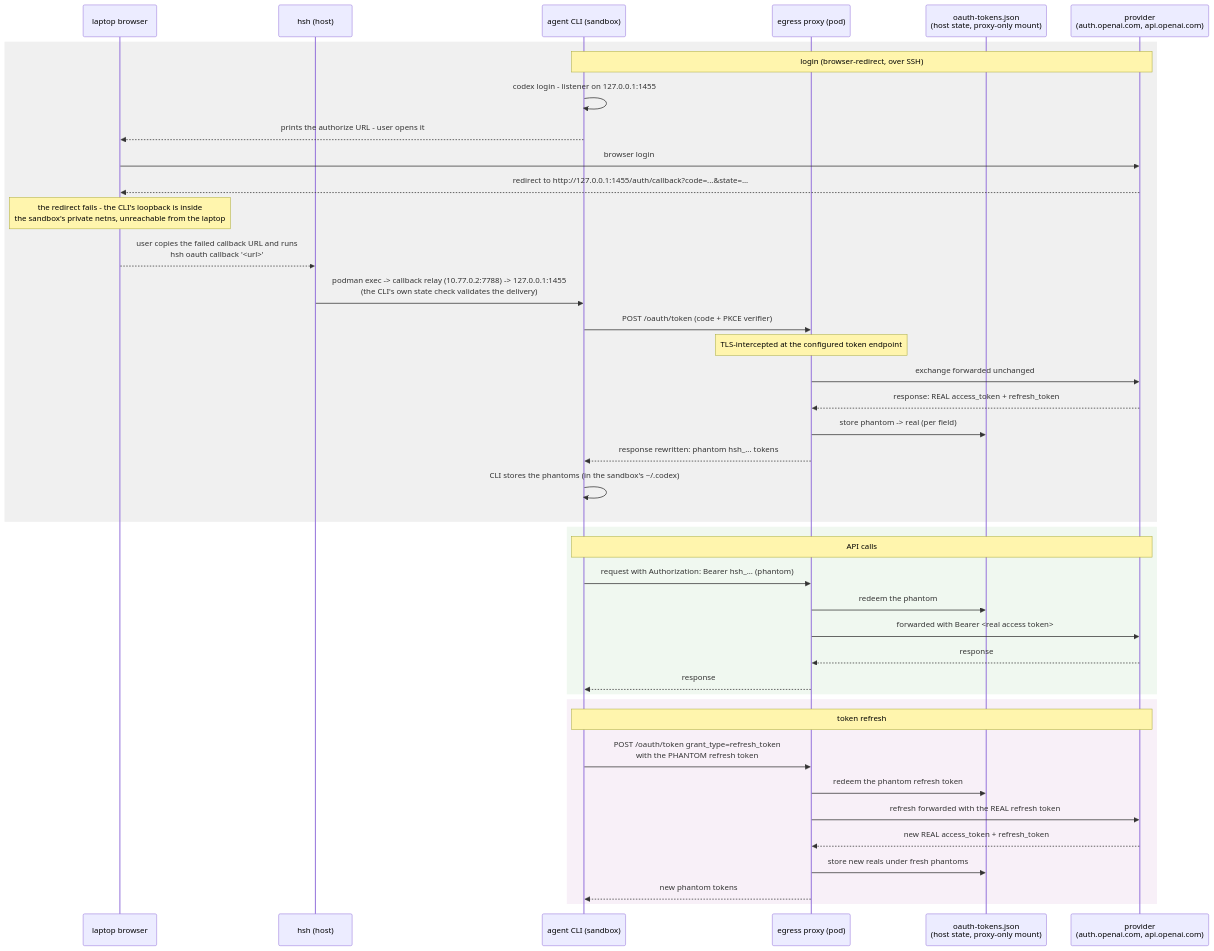
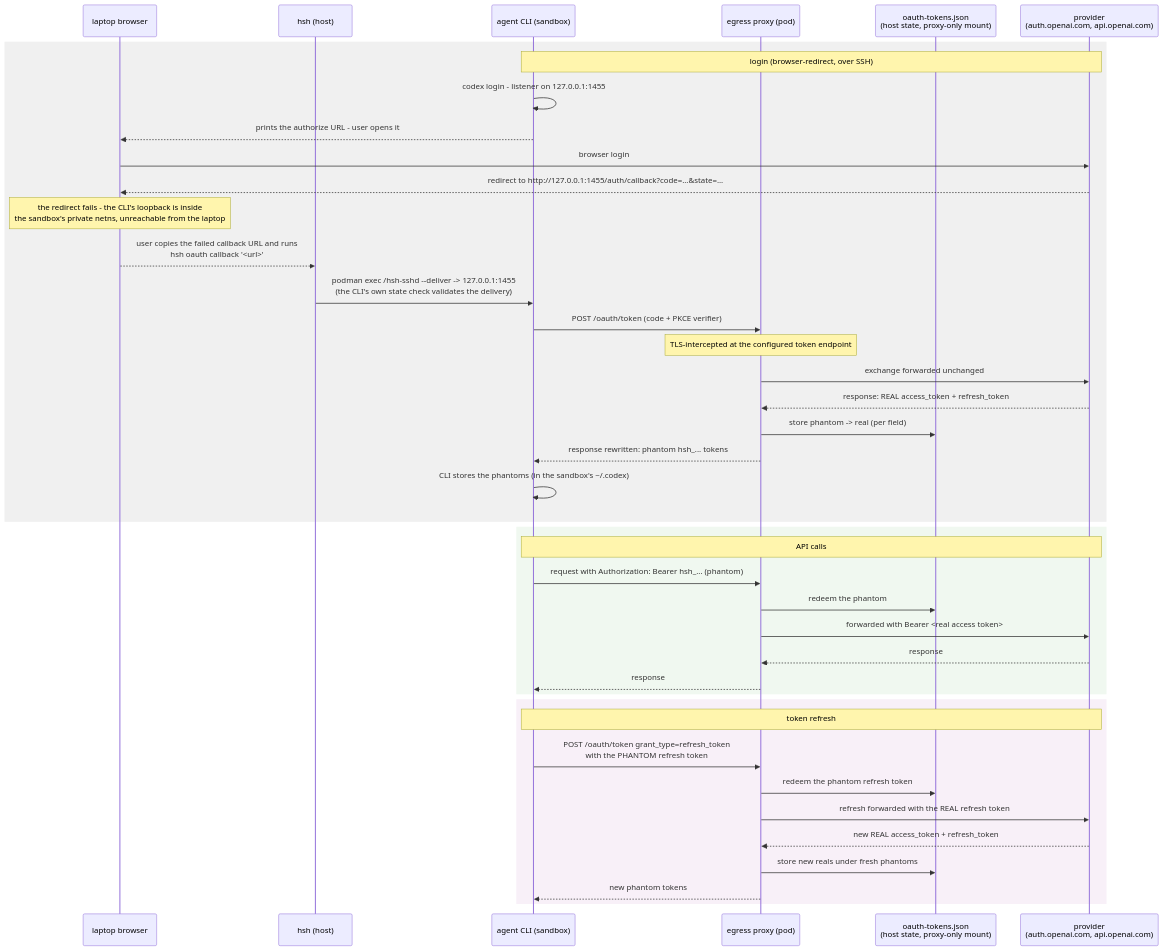
One commit to philips/hsh changed the diagram in internal-docs/sandboxed-oauth.md. Above: the diagram before and after it, drawn with Mermaid. The commit also changed other lines of this file and 29 other files, not shown here.

First line of the commit message:
sshd: serve forward, ssh, and oauth callback from /hsh-sshd in both runtimes; remove the relay (plan 0042)

````diff
--- a/internal-docs/sandboxed-oauth.md
+++ b/internal-docs/sandboxed-oauth.md
@@ -85,46 +85,46 @@
 ```mermaid
 sequenceDiagram
     participant B as laptop browser
     participant H as hsh (host)
     participant A as agent CLI (sandbox)
     participant P as egress proxy (pod)
     participant T as oauth-tokens.json<br/>(host state, proxy-only mount)
     participant O as provider<br/>(auth.openai.com, api.openai.com)
 
     rect rgb(240, 240, 240)
     note over A,O: login (browser-redirect, over SSH)
     A->>A: codex login - listener on 127.0.0.1:1455
     A-->>B: prints the authorize URL - user opens it
     B->>O: browser login
     O-->>B: redirect to http://127.0.0.1:1455/auth/callback?code=...&state=...
     note over B: the redirect fails - the CLI's loopback is inside<br/>the sandbox's private netns, unreachable from the laptop
     B-->>H: user copies the failed callback URL and runs<br/>hsh oauth callback '<url>'
-    H->>A: podman exec -> callback relay (10.77.0.2:7788) -> 127.0.0.1:1455<br/>(the CLI's own state check validates the delivery)
+    H->>A: podman exec /hsh-sshd --deliver -> 127.0.0.1:1455<br/>(the CLI's own state check validates the delivery)
     A->>P: POST /oauth/token (code + PKCE verifier)
     note over P: TLS-intercepted at the configured token endpoint
     P->>O: exchange forwarded unchanged
     O-->>P: response: REAL access_token + refresh_token
     P->>T: store phantom -> real (per field)
     P-->>A: response rewritten: phantom hsh_... tokens
     A->>A: CLI stores the phantoms (in the sandbox's ~/.codex)
     end
 
     rect rgb(240, 248, 240)
     note over A,O: API calls
     A->>P: request with Authorization: Bearer hsh_... (phantom)
     P->>T: redeem the phantom
     P->>O: forwarded with Bearer <real access token>
     O-->>P: response
     P-->>A: response
     end
 
     rect rgb(248, 240, 248)
     note over A,O: token refresh
     A->>P: POST /oauth/token grant_type=refresh_token<br/>with the PHANTOM refresh token
     P->>T: redeem the phantom refresh token
     P->>O: refresh forwarded with the REAL refresh token
     O-->>P: new REAL access_token + refresh_token
     P->>T: store new reals under fresh phantoms
     P-->>A: new phantom tokens
     end
 ```
````
